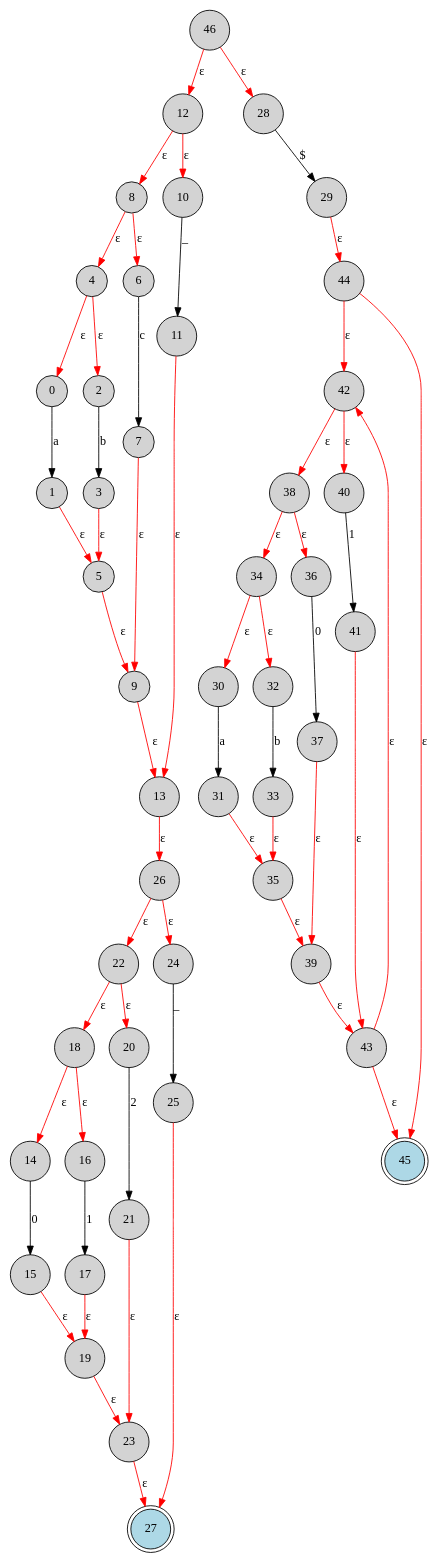
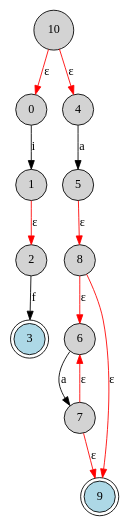
The diagram in src/main/java/com/luma/lexer/out/nfa_merged.dot (mdanishharoon/luma), drawn with Graphviz before and after one commit. The commit also changed 7 other files, not shown here.

```diff
--- a/src/main/java/com/luma/lexer/out/nfa_merged.dot
+++ b/src/main/java/com/luma/lexer/out/nfa_merged.dot
@@ -1,62 +1,17 @@
 digraph NFA {
     node [shape=circle, style=filled, fillcolor=lightgrey];
-    46 -> 12 [label="ε", color=red];
-    12 -> 8 [label="ε", color=red];
-    8 -> 4 [label="ε", color=red];
-    4 -> 0 [label="ε", color=red];
-    0 -> 1 [label="a", color=black];
-    1 -> 5 [label="ε", color=red];
-    5 -> 9 [label="ε", color=red];
-    9 -> 13 [label="ε", color=red];
-    13 -> 26 [label="ε", color=red];
-    26 -> 22 [label="ε", color=red];
-    22 -> 18 [label="ε", color=red];
-    18 -> 14 [label="ε", color=red];
-    14 -> 15 [label="0", color=black];
-    15 -> 19 [label="ε", color=red];
-    19 -> 23 [label="ε", color=red];
-    23 -> 27 [label="ε", color=red];
-    18 -> 16 [label="ε", color=red];
-    16 -> 17 [label="1", color=black];
-    17 -> 19 [label="ε", color=red];
-    22 -> 20 [label="ε", color=red];
-    20 -> 21 [label="2", color=black];
-    21 -> 23 [label="ε", color=red];
-    26 -> 24 [label="ε", color=red];
-    24 -> 25 [label="_", color=black];
-    25 -> 27 [label="ε", color=red];
-    4 -> 2 [label="ε", color=red];
-    2 -> 3 [label="b", color=black];
-    3 -> 5 [label="ε", color=red];
+    10 -> 0 [label="ε", color=red];
+    0 -> 1 [label="i", color=black];
+    1 -> 2 [label="ε", color=red];
+    2 -> 3 [label="f", color=black];
+    10 -> 4 [label="ε", color=red];
+    4 -> 5 [label="a", color=black];
+    5 -> 8 [label="ε", color=red];
     8 -> 6 [label="ε", color=red];
-    6 -> 7 [label="c", color=black];
+    6 -> 7 [label="a", color=black];
+    7 -> 6 [label="ε", color=red];
     7 -> 9 [label="ε", color=red];
-    12 -> 10 [label="ε", color=red];
-    10 -> 11 [label="_", color=black];
-    11 -> 13 [label="ε", color=red];
-    46 -> 28 [label="ε", color=red];
-    28 -> 29 [label="$", color=black];
-    29 -> 44 [label="ε", color=red];
-    44 -> 42 [label="ε", color=red];
-    42 -> 38 [label="ε", color=red];
-    38 -> 34 [label="ε", color=red];
-    34 -> 30 [label="ε", color=red];
-    30 -> 31 [label="a", color=black];
-    31 -> 35 [label="ε", color=red];
-    35 -> 39 [label="ε", color=red];
-    39 -> 43 [label="ε", color=red];
-    43 -> 42 [label="ε", color=red];
-    43 -> 45 [label="ε", color=red];
-    34 -> 32 [label="ε", color=red];
-    32 -> 33 [label="b", color=black];
-    33 -> 35 [label="ε", color=red];
-    38 -> 36 [label="ε", color=red];
-    36 -> 37 [label="0", color=black];
-    37 -> 39 [label="ε", color=red];
-    42 -> 40 [label="ε", color=red];
-    40 -> 41 [label="1", color=black];
-    41 -> 43 [label="ε", color=red];
-    44 -> 45 [label="ε", color=red];
-    27 [shape=doublecircle, fillcolor=lightblue];
-    45 [shape=doublecircle, fillcolor=lightblue];
+    8 -> 9 [label="ε", color=red];
+    9 [shape=doublecircle, fillcolor=lightblue];
+    3 [shape=doublecircle, fillcolor=lightblue];
 }
```
